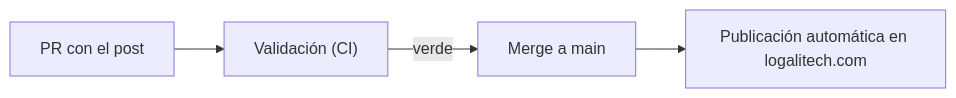
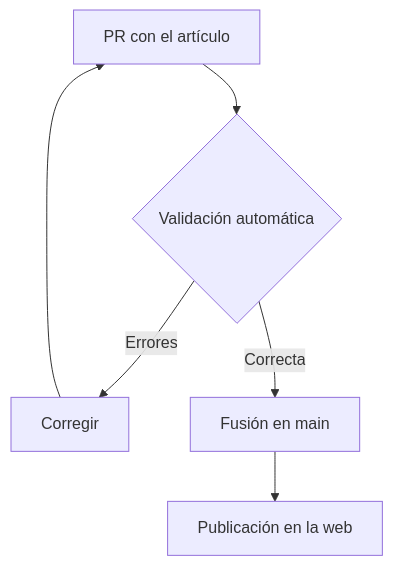
One commit to logalitech/blog-content changed the diagram in README.md. Above: the diagram before and after it, drawn with Mermaid. The commit also changed other lines of this file and 5 other files, not shown here.

First line of the commit message:
Validación completa del contenido con las reglas de compilación de la web

````diff
--- a/README.md
+++ b/README.md
@@ -33,6 +37,8 @@
 ```mermaid
-flowchart LR
-  A["PR con el post"] --> B["Validación (CI)"]
-  B -->|verde| C["Merge a main"]
-  C --> D["Publicación automática en logalitech.com"]
+flowchart TB
+  A["PR con el artículo"] --> B{"Validación automática"}
+  B -->|"Errores"| C["Corregir"]
+  C --> A
+  B -->|"Correcta"| D["Fusión en main"]
+  D --> E["Publicación en la web"]
 ```
````
